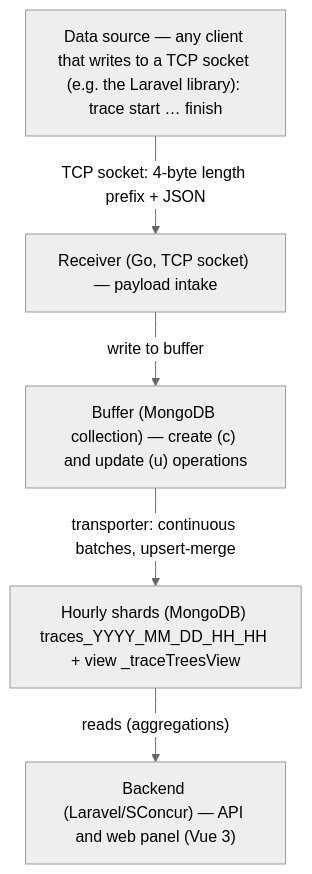
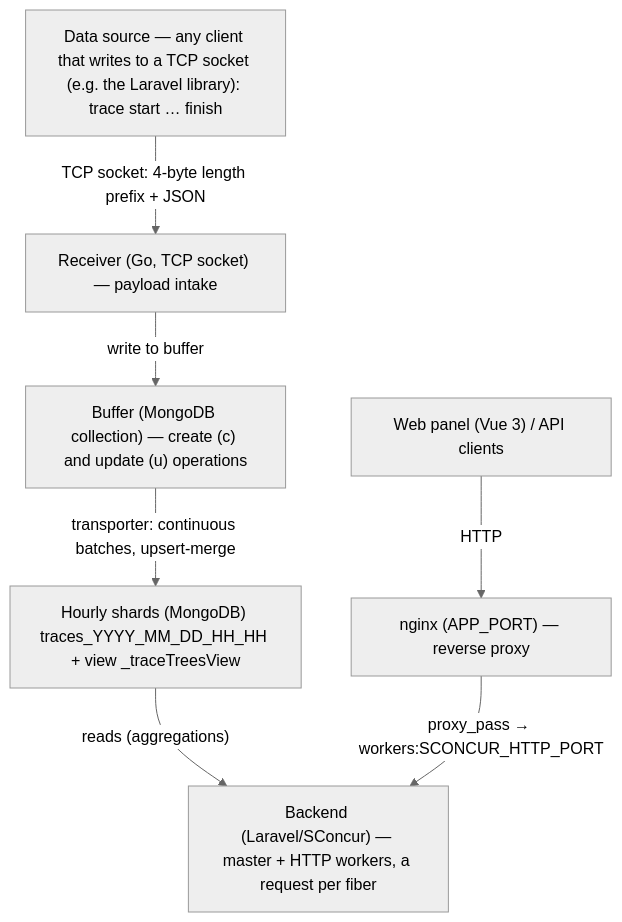
The diagram in README.md (sprust/slogger), drawn with Mermaid (neutral theme) before and after one commit. The commit also changed other lines of this file and 3 other files, not shown here.

First line of the commit message:
docs(readme): add runtime dashboard details and nginx proxy explanation

````diff
--- a/README.md
+++ b/README.md
@@ -27,12 +28,16 @@
 ```mermaid
 flowchart TB
     src["Data source — any client that writes to a TCP socket (e.g. the Laravel library): trace start … finish"]
     receiver["Receiver (Go, TCP socket) — payload intake"]
     buffer["Buffer (MongoDB collection) — create (c) and update (u) operations"]
     shards["Hourly shards (MongoDB) traces_YYYY_MM_DD_HH_HH + view _traceTreesView"]
-    backend["Backend (Laravel/SConcur) — API and web panel (Vue 3)"]
+    backend["Backend (Laravel/SConcur) — master + HTTP workers, a request per fiber"]
+    nginx["nginx (APP_PORT) — reverse proxy"]
+    ui["Web panel (Vue 3) / API clients"]
     src -->|"TCP socket: 4-byte length prefix + JSON"| receiver
     receiver -->|"write to buffer"| buffer
     buffer -->|"transporter: continuous batches, upsert-merge"| shards
     shards -->|"reads (aggregations)"| backend
+    ui -->|"HTTP"| nginx
+    nginx -->|"proxy_pass → workers:SCONCUR_HTTP_PORT"| backend
 ```
````
